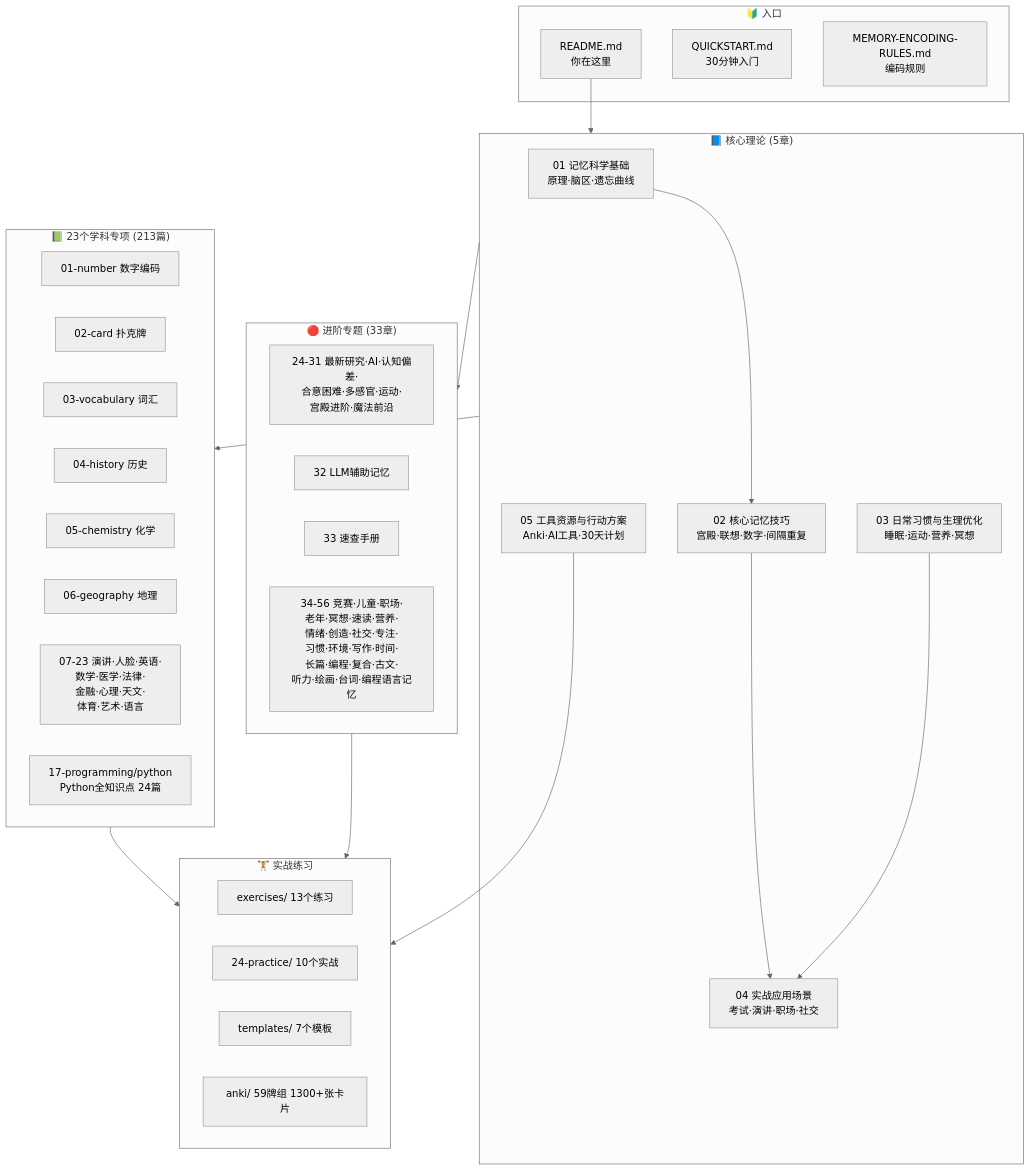
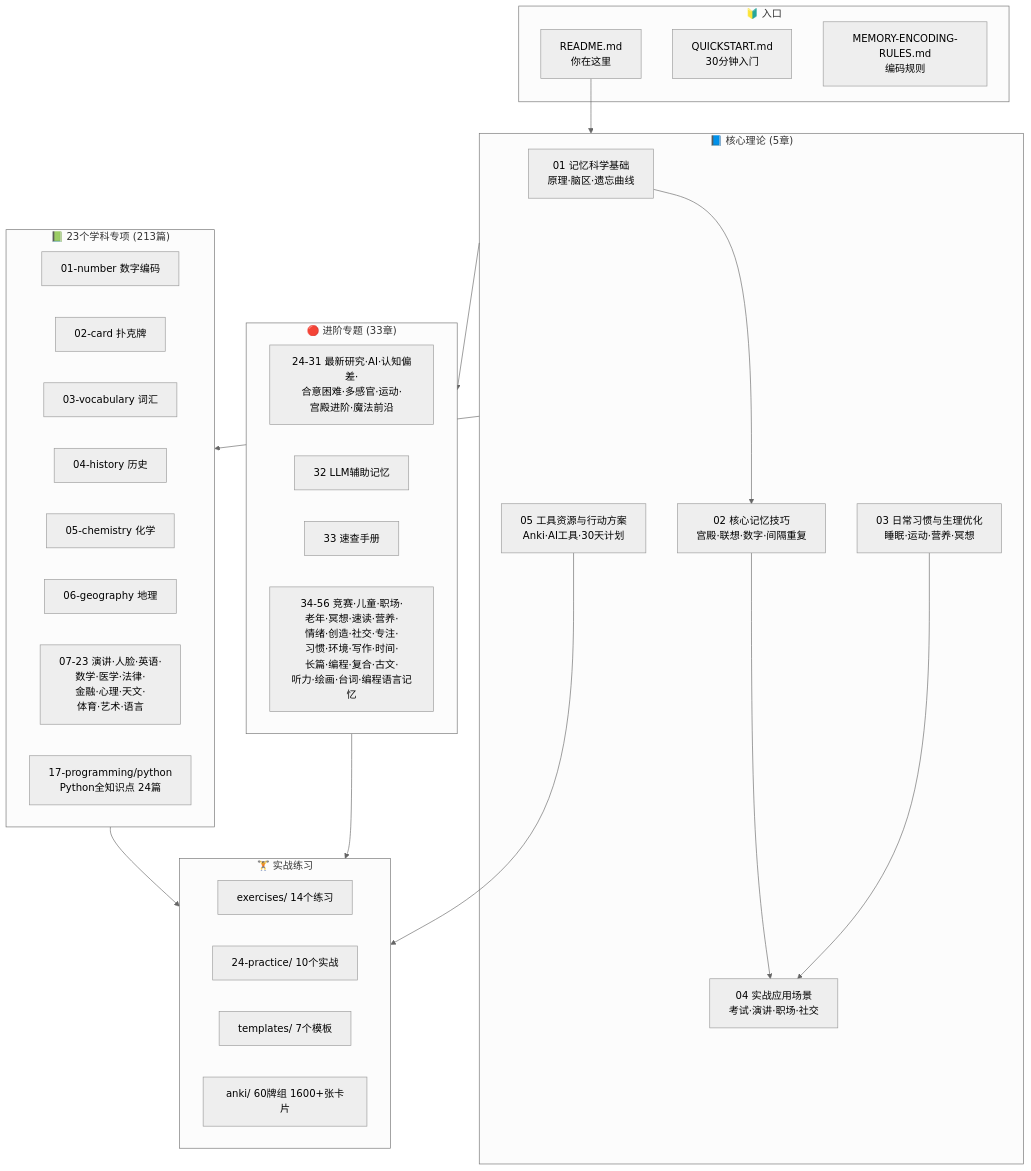
The first of 2 diagrams in README.md (brother2050/memory-guide), drawn with Mermaid (neutral theme) before and after one commit. The commit also changed other lines of this file and 3 other files, not shown here.

````diff
--- a/README.md
+++ b/README.md
@@ -63,52 +63,52 @@
 ```mermaid
 graph TB
     subgraph 入口["🔰 入口"]
         README["README.md\n你在这里"]
         QS["QUICKSTART.md\n30分钟入门"]
         RULES["MEMORY-ENCODING-RULES.md\n编码规则"]
     end
 
     subgraph core["📘 核心理论 (5章)"]
         C01["01 记忆科学基础\n原理·脑区·遗忘曲线"]
         C02["02 核心记忆技巧\n宫殿·联想·数字·间隔重复"]
         C03["03 日常习惯与生理优化\n睡眠·运动·营养·冥想"]
         C04["04 实战应用场景\n考试·演讲·职场·社交"]
         C05["05 工具资源与行动方案\nAnki·AI工具·30天计划"]
     end
 
     subgraph special["📗 23个学科专项 (213篇)"]
         NUM["01-number 数字编码"]
         CARD["02-card 扑克牌"]
         VOCAB["03-vocabulary 词汇"]
         HIST["04-history 历史"]
         CHEM["05-chemistry 化学"]
         GEO["06-geography 地理"]
         MORE["07-23 演讲·人脸·英语·\n数学·医学·法律·\n金融·心理·天文·\n体育·艺术·语言"]
         PYTHON["17-programming/python\nPython全知识点 24篇"]
     end
 
     subgraph advanced["🔴 进阶专题 (33章)"]
         A24["24-31 最新研究·AI·认知偏差·\n合意困难·多感官·运动·\n宫殿进阶·魔法前沿"]
         A32["32 LLM辅助记忆"]
         A33["33 速查手册"]
         A34["34-56 竞赛·儿童·职场·\n老年·冥想·速读·营养·\n情绪·创造·社交·专注·\n习惯·环境·写作·时间·\n长篇·编程·复合·古文·\n听力·绘画·台词·编程语言记忆"]
     end
 
     subgraph practice["🏋️ 实战练习"]
-        EX["exercises/ 13个练习"]
+        EX["exercises/ 14个练习"]
         PR["24-practice/ 10个实战"]
         TM["templates/ 7个模板"]
-        AN["anki/ 59牌组 1300+张卡片"]
+        AN["anki/ 60牌组 1600+张卡片"]
     end
 
     README --> core
     core --> special
     core --> advanced
     special --> practice
     advanced --> practice
 
     C01 --> C02
     C02 --> C04
     C03 --> C04
     C05 --> practice
 ```
````
